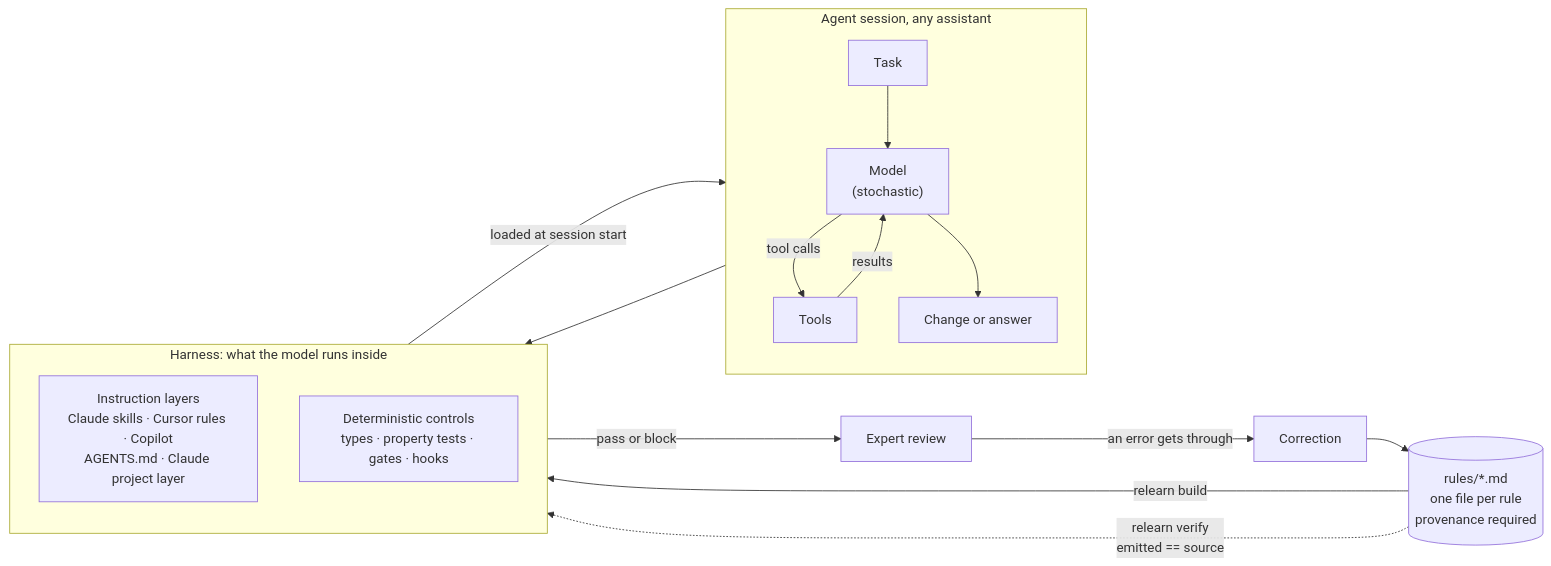
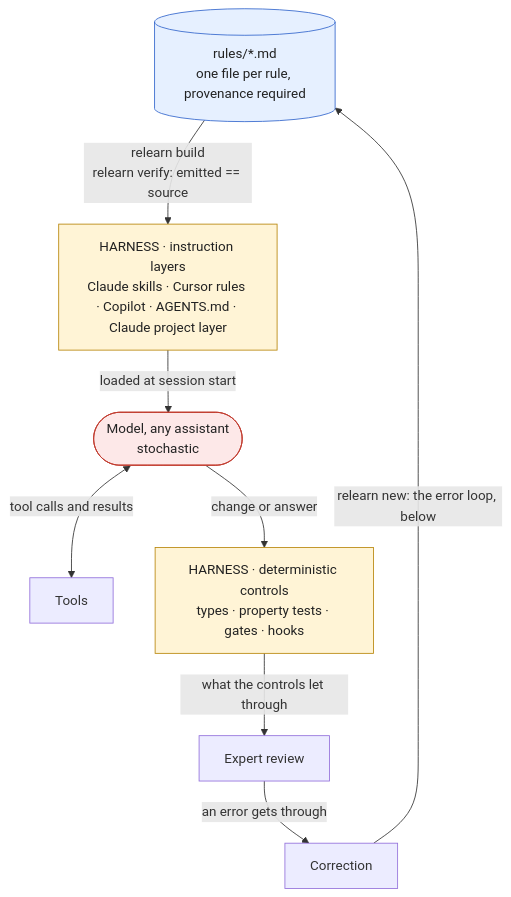
Before and after one commit to george-andrikopoulos/relearn: the first of 2 diagrams in README.md, drawn with Mermaid.

Commit message:
docs(readme): redraw the harness diagram top-down so it is legible
The left-to-right layout was shrunk to fit GitHub's column until its labels were unreadable.

````diff
--- a/README.md
+++ b/README.md
@@ -19,24 +19,25 @@
 ```mermaid
-flowchart LR
-    subgraph session["Agent session, any assistant"]
-        direction TB
-        task["Task"] --> model["Model<br/>(stochastic)"]
-        model -->|tool calls| tools["Tools"]
-        tools -->|results| model
-        model --> output["Change or answer"]
-    end
+flowchart TD
+    rules[("rules/*.md<br/>one file per rule, provenance required")]
+    layers["HARNESS · instruction layers<br/>Claude skills · Cursor rules · Copilot · AGENTS.md · Claude project layer"]
+    model(["Model, any assistant<br/>stochastic"])
+    tools["Tools"]
+    controls["HARNESS · deterministic controls<br/>types · property tests · gates · hooks"]
+    review["Expert review"]
+    correction["Correction"]
 
-    subgraph harness["Harness: what the model runs inside"]
-        direction TB
-        layers["Instruction layers<br/>Claude skills · Cursor rules · Copilot<br/>AGENTS.md · Claude project layer"]
-        controls["Deterministic controls<br/>types · property tests · gates · hooks"]
-    end
+    rules -->|"relearn build<br/>relearn verify: emitted == source"| layers
+    layers -->|"loaded at session start"| model
+    model <-->|"tool calls and results"| tools
+    model -->|"change or answer"| controls
+    controls -->|"what the controls let through"| review
+    review -->|"an error gets through"| correction
+    correction -->|"relearn new: the error loop, below"| rules
 
-    layers -->|loaded at session start| model
-    output --> controls
-    controls -->|pass or block| review["Expert review"]
-    review -->|"an error gets through"| correction["Correction"]
-    correction --> rules[("rules/*.md<br/>one file per rule<br/>provenance required")]
-    rules -->|relearn build| layers
-    rules -.->|"relearn verify<br/>emitted == source"| layers
+    classDef harness fill:#fff4d6,stroke:#b8860b,color:#222
+    classDef source fill:#e6f0ff,stroke:#3366cc,color:#222
+    classDef stochastic fill:#fde8e8,stroke:#c0392b,color:#222
+    class layers,controls harness
+    class rules source
+    class model stochastic
 ```
````
